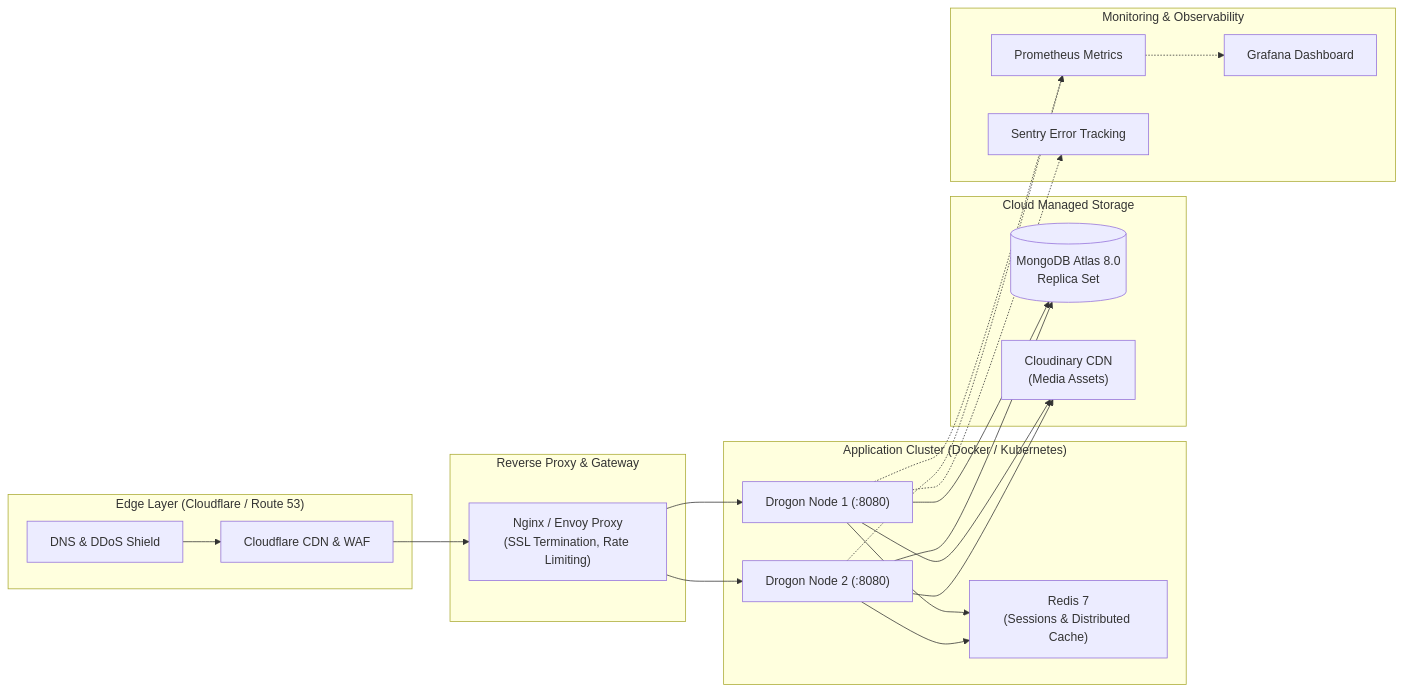
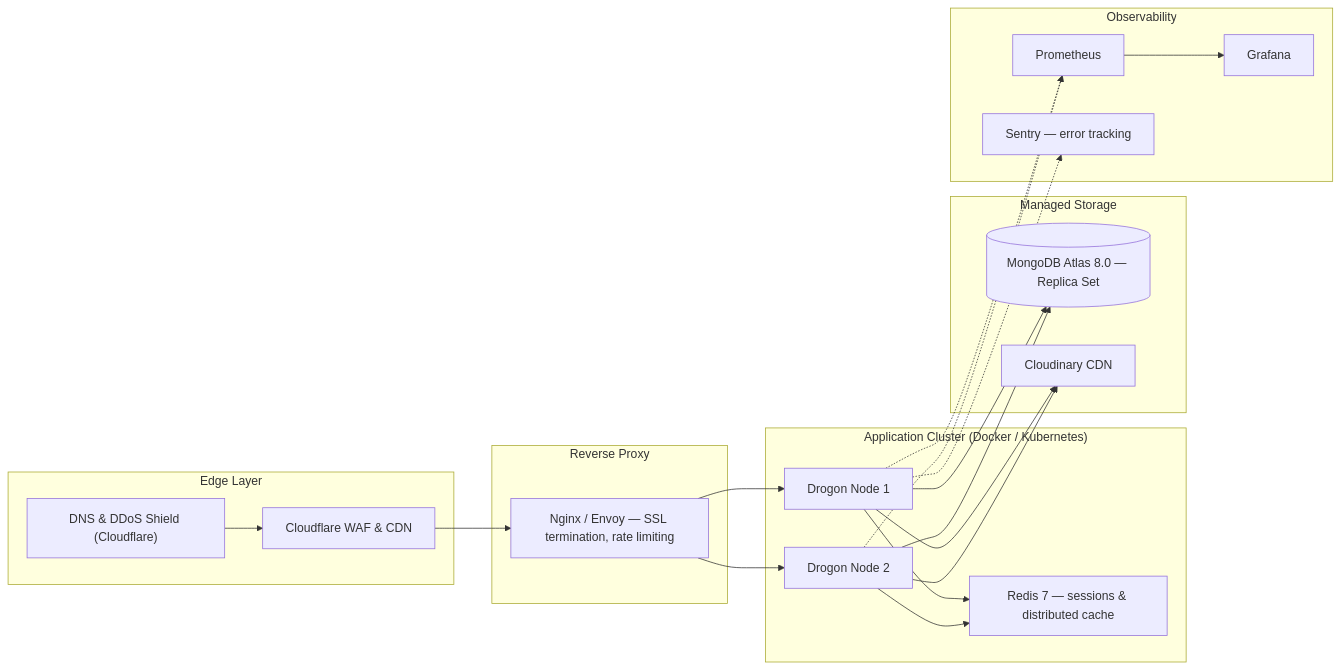
The second of 2 diagrams in future.md (nikshitpokhariya/book_store), drawn with Mermaid before and after one commit. The commit also changed other lines of this file and 80 other files, not shown here.

````diff
--- a/future.md
+++ b/future.md
@@ -213,43 +129,34 @@
 ```mermaid
 graph LR
-    subgraph Edge["Edge Layer (Cloudflare / Route 53)"]
-        DNS["DNS & DDoS Shield"]
-        CDN["Cloudflare CDN & WAF"]
+    subgraph Edge["Edge Layer"]
+        DNS["DNS & DDoS Shield (Cloudflare)"]
+        WAF["Cloudflare WAF & CDN"]
     end
 
-    subgraph LoadBalancer["Reverse Proxy & Gateway"]
-        NGINX["Nginx / Envoy Proxy\n(SSL Termination, Rate Limiting)"]
+    subgraph Gateway["Reverse Proxy"]
+        NGINX["Nginx / Envoy — SSL termination, rate limiting"]
     end
 
     subgraph Compute["Application Cluster (Docker / Kubernetes)"]
-        BE1["Drogon Node 1 (:8080)"]
-        BE2["Drogon Node 2 (:8080)"]
-        REDIS["Redis 7\n(Sessions & Distributed Cache)"]
+        BE1["Drogon Node 1"]
+        BE2["Drogon Node 2"]
+        REDIS["Redis 7 — sessions & distributed cache"]
     end
 
-    subgraph Storage["Cloud Managed Storage"]
-        ATLAS[("MongoDB Atlas 8.0\nReplica Set")]
-        CLOUDINARY["Cloudinary CDN\n(Media Assets)"]
+    subgraph Storage["Managed Storage"]
+        ATLAS[("MongoDB Atlas 8.0 — Replica Set")]
+        CDN["Cloudinary CDN"]
     end
 
-    subgraph Telemetry["Monitoring & Observability"]
-        PROM["Prometheus Metrics"]
-        GRAF["Grafana Dashboard"]
-        SENTRY["Sentry Error Tracking"]
+    subgraph Telemetry["Observability"]
+        PROM["Prometheus"]
+        GRAF["Grafana"]
+        SENTRY["Sentry — error tracking"]
     end
 
-    DNS --> CDN
-    CDN --> NGINX
-    NGINX --> BE1
-    NGINX --> BE2
-    BE1 --> REDIS
-    BE2 --> REDIS
-    BE1 --> ATLAS
-    BE2 --> ATLAS
-    BE1 --> CLOUDINARY
-    BE2 --> CLOUDINARY
-    BE1 -.-> PROM
-    BE2 -.-> PROM
-    PROM -.-> GRAF
+    DNS --> WAF --> NGINX
+    NGINX --> BE1 & BE2
+    BE1 & BE2 --> REDIS & ATLAS & CDN
+    BE1 & BE2 -.-> PROM --> GRAF
     BE1 -.-> SENTRY
 ```
````
